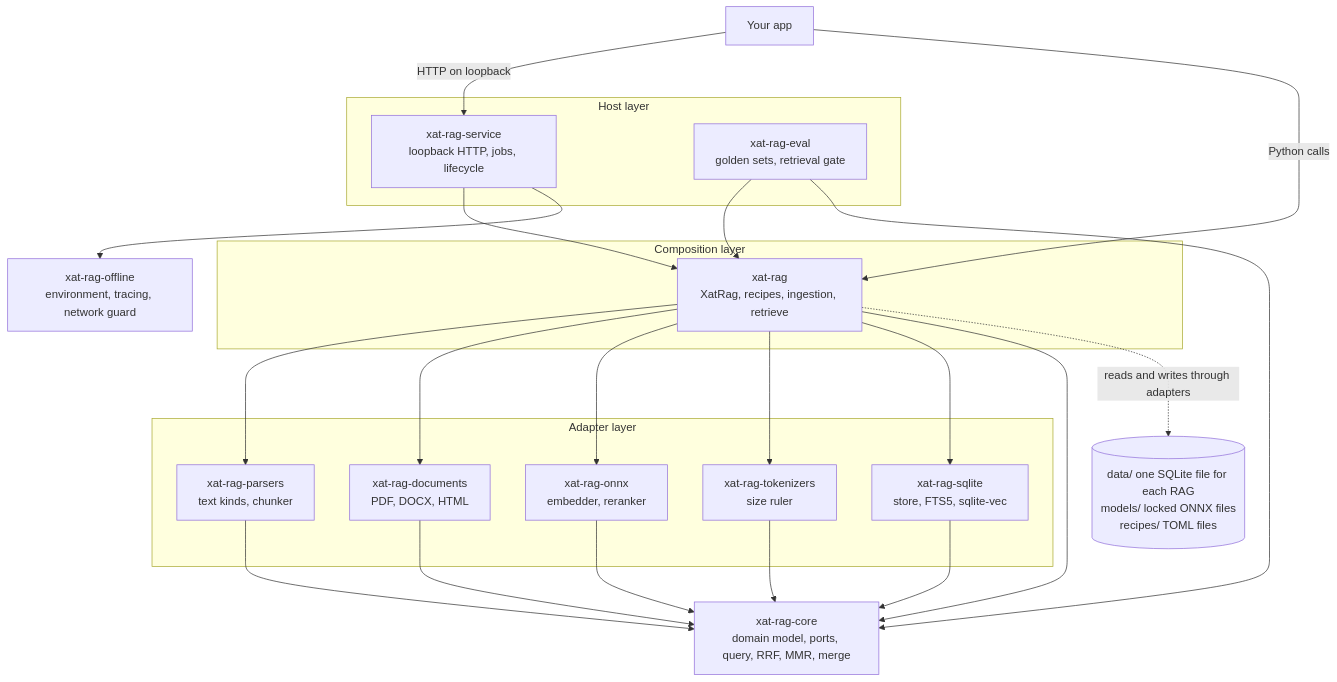
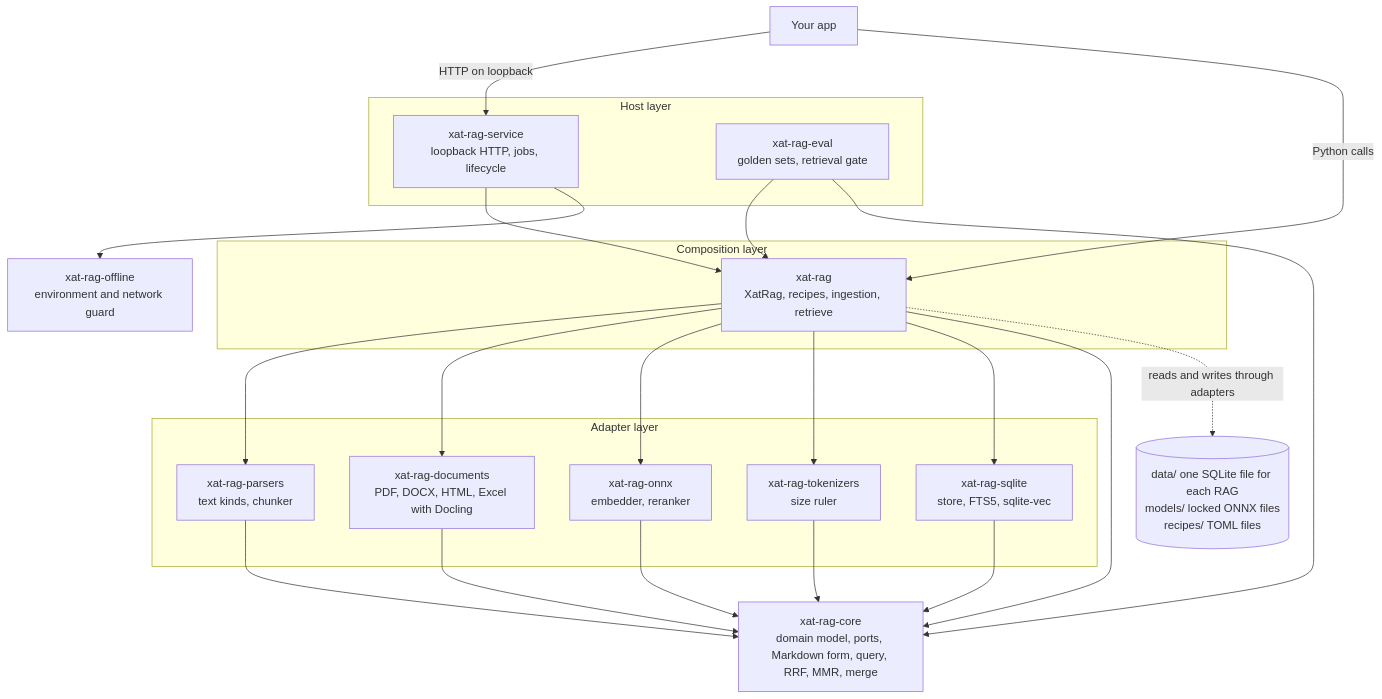
One commit to xatcap/xat-rag changed the first of 3 diagrams in docs/architecture.md. Above: the diagram before and after it, drawn with Mermaid. The commit also changed other lines of this file and 118 other files, not shown here.

````diff
--- a/docs/architecture.md
+++ b/docs/architecture.md
@@ -7,36 +7,36 @@
 ```mermaid
 flowchart TB
     app["Your app"]
 
     subgraph hosts["Host layer"]
         service["xat-rag-service<br/>loopback HTTP, jobs, lifecycle"]
         eval["xat-rag-eval<br/>golden sets, retrieval gate"]
     end
 
     subgraph root["Composition layer"]
         lib["xat-rag<br/>XatRag, recipes, ingestion, retrieve"]
     end
 
     subgraph adapters["Adapter layer"]
         parsers["xat-rag-parsers<br/>text kinds, chunker"]
-        documents["xat-rag-documents<br/>PDF, DOCX, HTML"]
+        documents["xat-rag-documents<br/>PDF, DOCX, HTML, Excel with Docling"]
         onnx["xat-rag-onnx<br/>embedder, reranker"]
         tokenizers["xat-rag-tokenizers<br/>size ruler"]
         sqlite["xat-rag-sqlite<br/>store, FTS5, sqlite-vec"]
     end
 
-    core["xat-rag-core<br/>domain model, ports, query, RRF, MMR, merge"]
-    offline["xat-rag-offline<br/>environment, tracing, network guard"]
+    core["xat-rag-core<br/>domain model, ports, Markdown form, query, RRF, MMR, merge"]
+    offline["xat-rag-offline<br/>environment and network guard"]
     files[("data/ one SQLite file for each RAG<br/>models/ locked ONNX files<br/>recipes/ TOML files")]
 
     app -- "HTTP on loopback" --> service
     app -- "Python calls" --> lib
     service --> lib
     service --> offline
     eval --> lib
     eval --> core
     lib --> parsers & documents & onnx & tokenizers & sqlite
     lib --> core
     parsers & documents & onnx & tokenizers & sqlite --> core
     lib -. "reads and writes through adapters" .-> files
 ```
````
